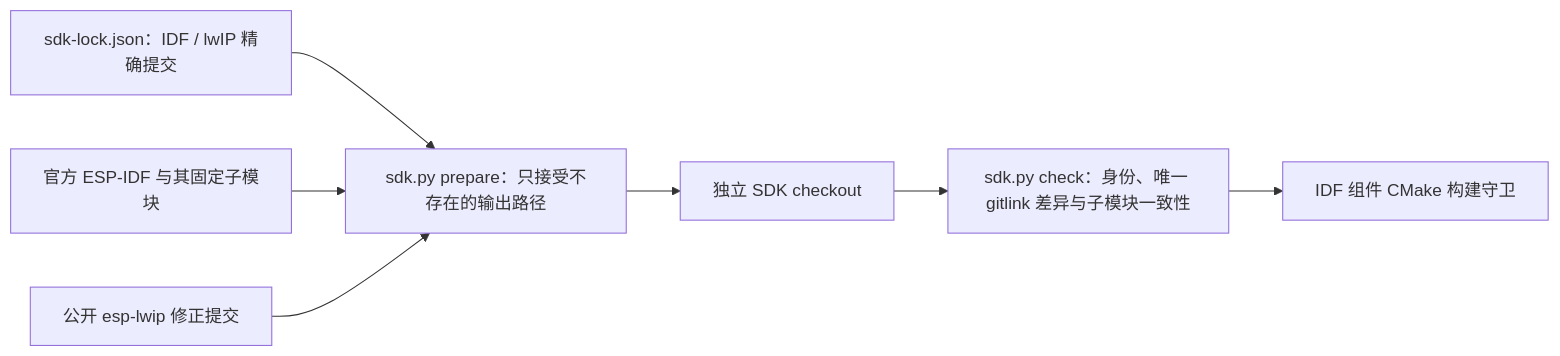
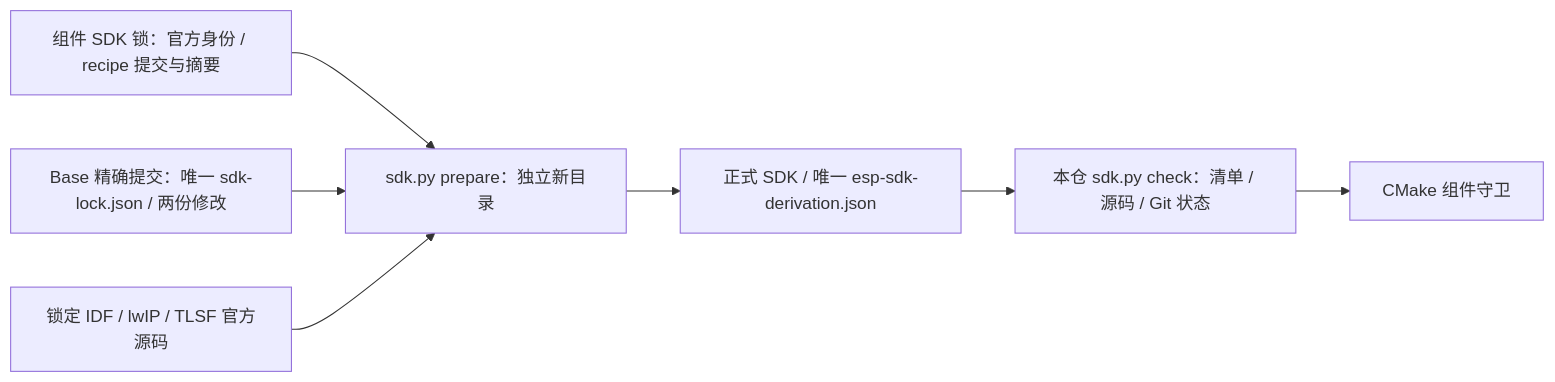
Before and after one commit to darren-you/esp-frp: the diagram in tools/README.md, drawn with Mermaid. The commit also changed other lines of this file and 3 other files, not shown here.

````diff
--- a/tools/README.md
+++ b/tools/README.md
@@ -7,9 +5,9 @@
 ```mermaid
 flowchart LR
-    lock["sdk-lock.json：IDF / lwIP 精确提交"] --> prepare["sdk.py prepare：只接受不存在的输出路径"]
-    official["官方 ESP-IDF 与其固定子模块"] --> prepare
-    fixed["公开 esp-lwip 修正提交"] --> prepare
-    prepare --> sdk["独立 SDK checkout"]
-    sdk --> check["sdk.py check：身份、唯一 gitlink 差异与子模块一致性"]
-    check --> build["IDF 组件 CMake 构建守卫"]
+    lock["组件 SDK 锁：官方身份 / recipe 提交与摘要"] --> prepare["sdk.py prepare：独立新目录"]
+    recipe["Base 精确提交：唯一 sdk-lock.json / 两份修改"] --> prepare
+    sdk["锁定 IDF / lwIP / TLSF 官方源码"] --> prepare
+    prepare --> checkout["正式 SDK / 唯一 esp-sdk-derivation.json"]
+    checkout --> check["本仓 sdk.py check：清单 / 源码 / Git 状态"]
+    check --> component["CMake 组件守卫"]
 ```
````
